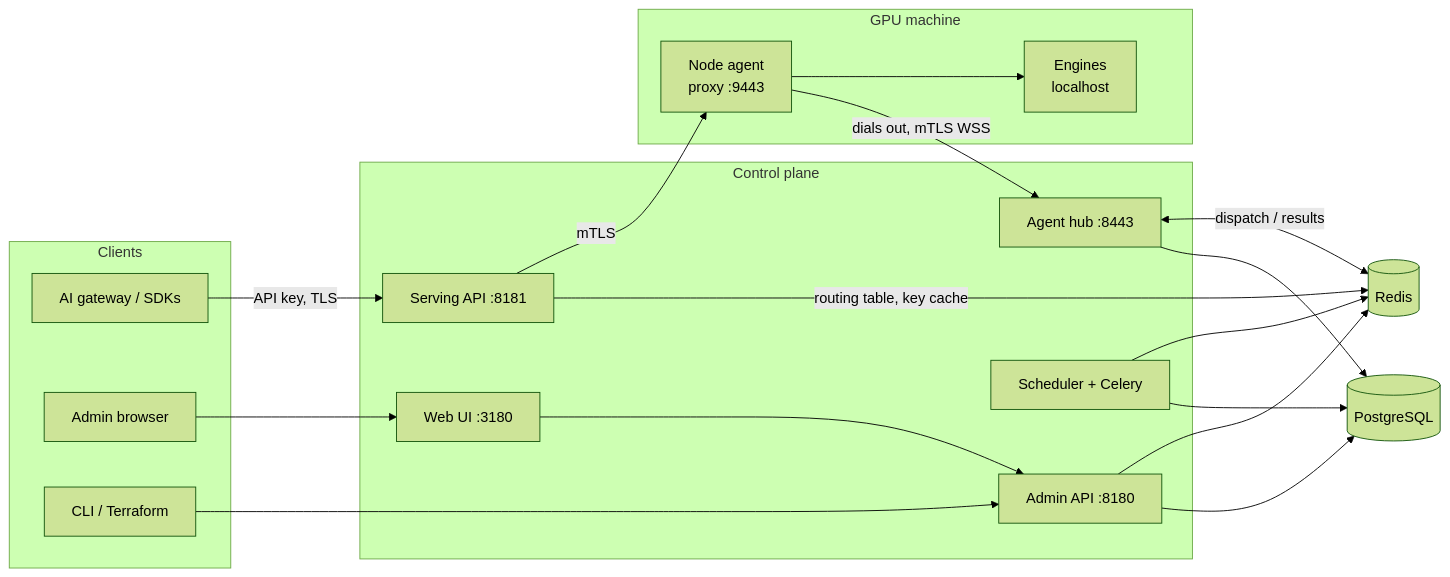
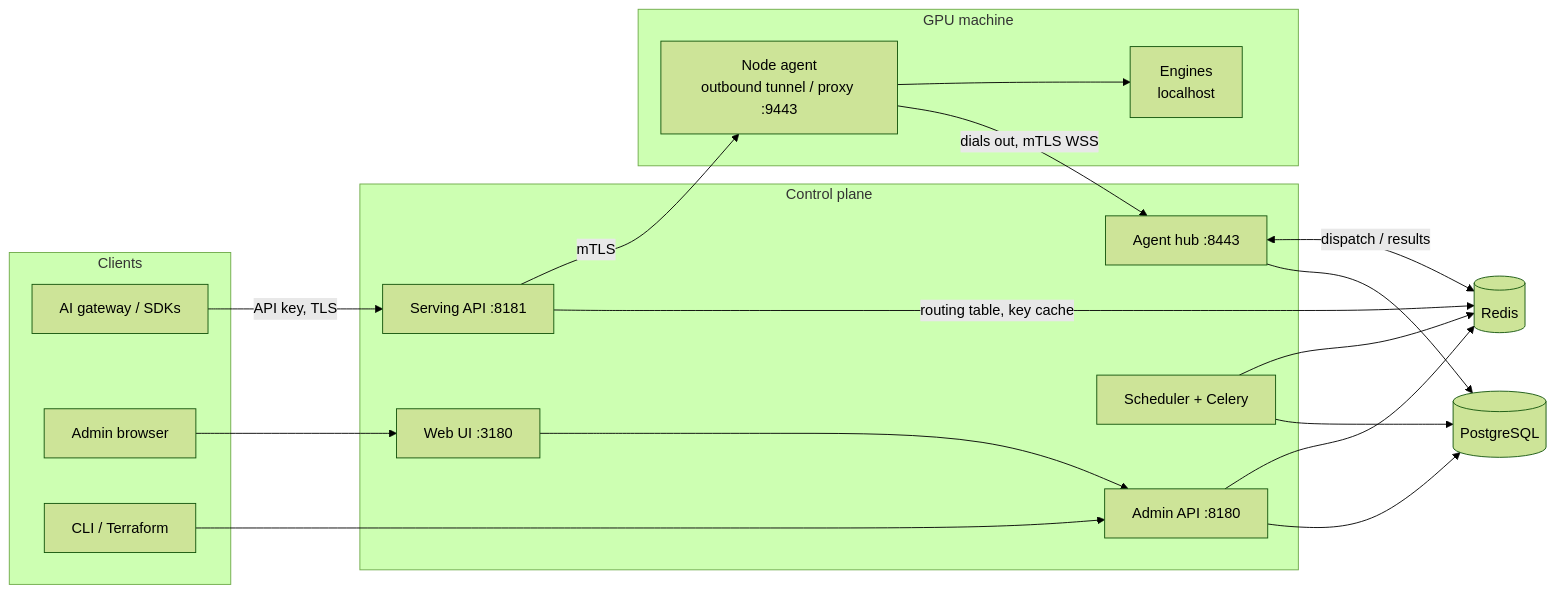
The first of 5 diagrams in docs/architecture.md (sur950/gpu-deck), drawn with Mermaid (forest theme) before and after one commit. The commit also changed other lines of this file and 432 other files, not shown here.

````diff
--- a/docs/architecture.md
+++ b/docs/architecture.md
@@ -25,34 +32,34 @@
 ```mermaid
 flowchart LR
   subgraph Clients
     GW[AI gateway / SDKs]
     ADM[Admin browser]
     CLI[CLI / Terraform]
   end
   subgraph ControlPlane[Control plane]
     WEB[Web UI :3180]
     ADMIN[Admin API :8180]
     SERVE[Serving API :8181]
     HUB[Agent hub :8443]
     JOBS[Scheduler + Celery]
   end
   PG[(PostgreSQL)]
   RD[(Redis)]
   subgraph GPU[GPU machine]
-    AGENT[Node agent<br/>proxy :9443]
+    AGENT[Node agent<br/>outbound tunnel / proxy :9443]
     ENG[Engines<br/>localhost]
   end
   GW -- API key, TLS --> SERVE
   ADM --> WEB --> ADMIN
   CLI --> ADMIN
   ADMIN --> PG
   ADMIN --> RD
   JOBS --> PG
   JOBS --> RD
   HUB --> PG
   HUB <-- dispatch / results --> RD
   SERVE -- routing table, key cache --> RD
   SERVE -- mTLS --> AGENT
   AGENT -- dials out, mTLS WSS --> HUB
   AGENT --> ENG
 ```
````
